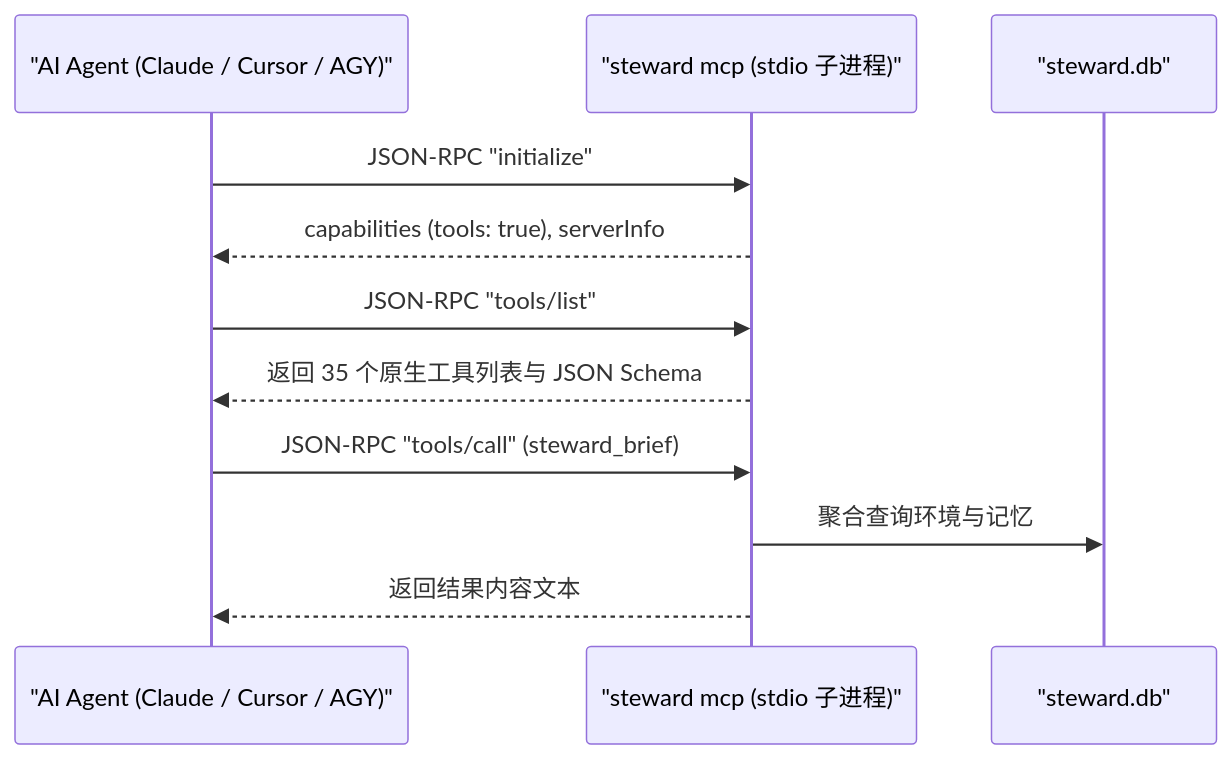
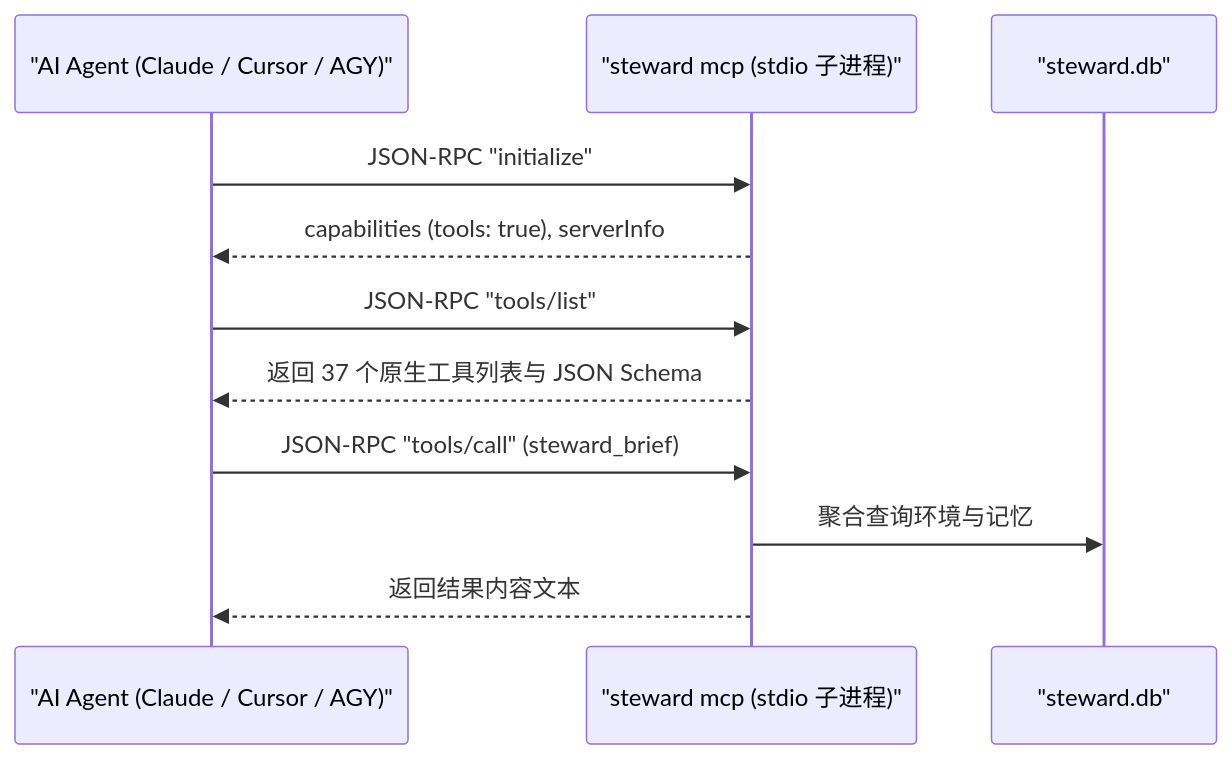
The diagram in manual/04-mcp-integration.md (digoal/agent-body), drawn with Mermaid before and after one commit. The commit also changed 31 other files, not shown here.

````diff
--- a/manual/04-mcp-integration.md
+++ b/manual/04-mcp-integration.md
@@ -11,14 +11,14 @@
 ```mermaid
 sequenceDiagram
     participant Agent as "AI Agent (Claude / Cursor / AGY)"
     participant Steward as "steward mcp (stdio 子进程)"
     participant SQLite as "steward.db"
 
     Agent->>Steward: JSON-RPC "initialize"
     Steward-->>Agent: capabilities (tools: true), serverInfo
     Agent->>Steward: JSON-RPC "tools/list"
-    Steward-->>Agent: 返回 35 个原生工具列表与 JSON Schema
+    Steward-->>Agent: 返回 37 个原生工具列表与 JSON Schema
     Agent->>Steward: JSON-RPC "tools/call" (steward_brief)
     Steward->>SQLite: 聚合查询环境与记忆
     Steward-->>Agent: 返回结果内容文本
 ```
````
